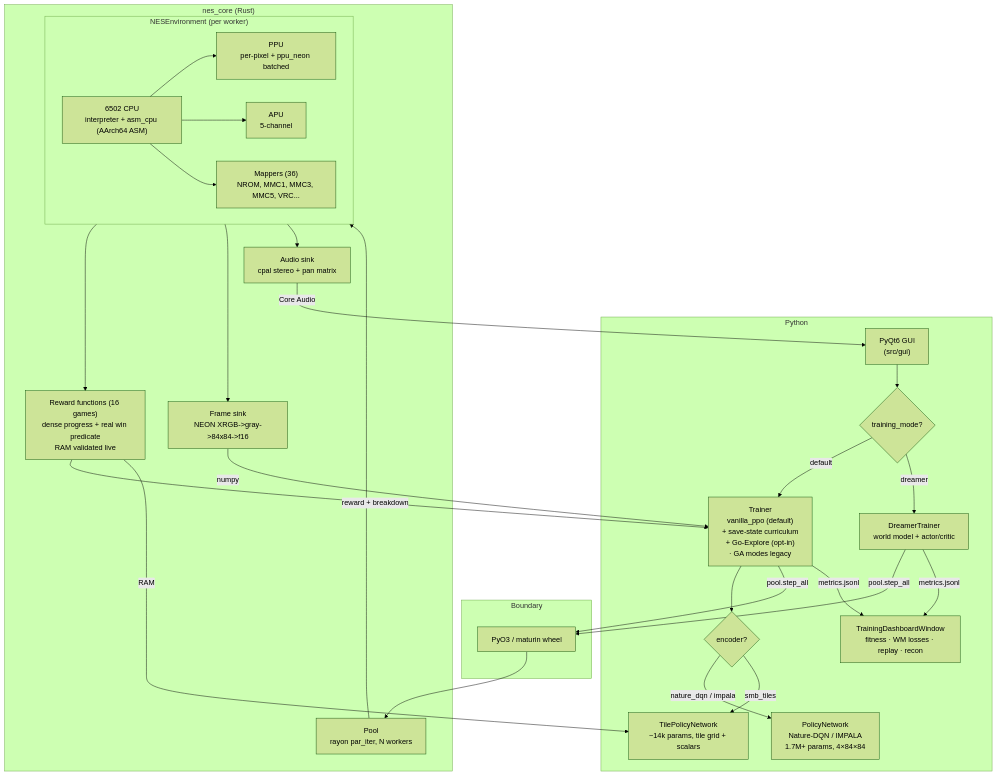
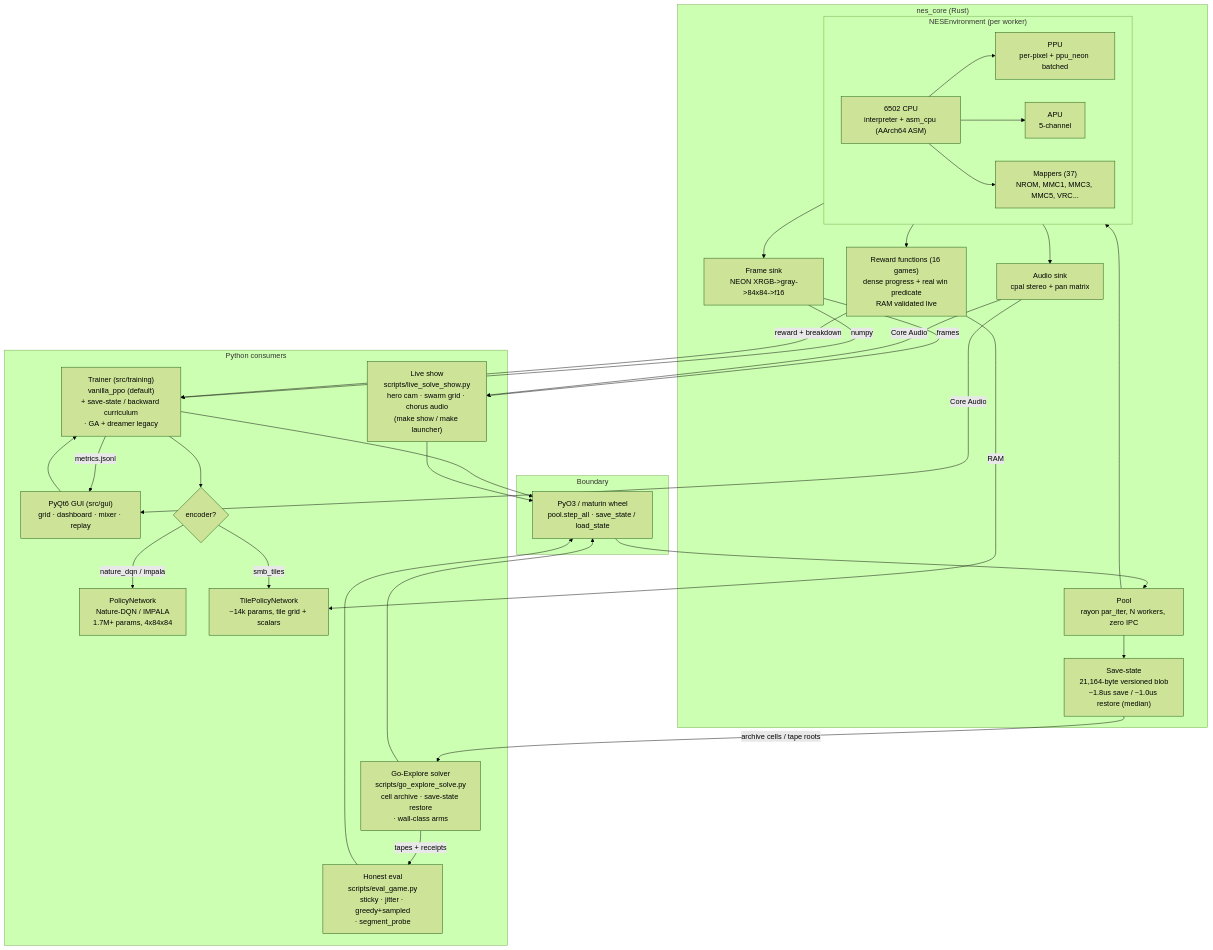
Before and after one commit to mstits/neural-entertainment-system: the second of 5 diagrams in README.md, drawn with Mermaid (forest theme). The commit also changed other lines of this file and 4 other files, not shown here.

````diff
--- a/README.md
+++ b/README.md
@@ -565,53 +851,58 @@
 ```mermaid
 flowchart TB
-    subgraph Python
-        GUI["PyQt6 GUI<br/>(src/gui)"]
-        Dashboard["TrainingDashboardWindow<br/>fitness · WM losses · replay · recon"]
-        TrainerSel{"training_mode?"}
-        Trainer["Trainer<br/>vanilla_ppo (default)<br/>+ save-state curriculum<br/>+ Go-Explore (opt-in)<br/>· GA modes legacy"]
-        DreamerT["DreamerTrainer<br/>world model + actor/critic"]
+    subgraph Consumers["Python consumers"]
+        Solver["Go-Explore solver<br/>scripts/go_explore_solve.py<br/>cell archive · save-state restore<br/>· wall-class arms"]
+        Trainer["Trainer (src/training)<br/>vanilla_ppo (default)<br/>+ save-state / backward curriculum<br/>· GA + dreamer legacy"]
+        Eval["Honest eval<br/>scripts/eval_game.py<br/>sticky · jitter · greedy+sampled<br/>· segment_probe"]
+        Show["Live show<br/>scripts/live_solve_show.py<br/>hero cam · swarm grid · chorus audio<br/>(make show / make launcher)"]
+        GUI["PyQt6 GUI (src/gui)<br/>grid · dashboard · mixer · replay"]
         EncSel{"encoder?"}
-        CNN["PolicyNetwork<br/>Nature-DQN / IMPALA<br/>1.7M+ params, 4×84×84"]
+        CNN["PolicyNetwork<br/>Nature-DQN / IMPALA<br/>1.7M+ params, 4x84x84"]
         Tile["TilePolicyNetwork<br/>~14k params, tile grid + scalars"]
     end
 
-    subgraph Boundary
-        PyO3["PyO3 / maturin wheel"]
+    subgraph Boundary["Boundary"]
+        PyO3["PyO3 / maturin wheel<br/>pool.step_all · save_state / load_state"]
     end
 
-    subgraph nes_core_Rust["nes_core (Rust)"]
-        Pool["Pool<br/>rayon par_iter, N workers"]
+    subgraph Core["nes_core (Rust)"]
+        Pool["Pool<br/>rayon par_iter, N workers, zero IPC"]
         subgraph Worker["NESEnvironment (per worker)"]
             CPU["6502 CPU<br/>interpreter + asm_cpu (AArch64 ASM)"]
             PPU["PPU<br/>per-pixel + ppu_neon batched"]
             APU["APU<br/>5-channel"]
-            Mappers["Mappers (36)<br/>NROM, MMC1, MMC3, MMC5, VRC..."]
+            Mappers["Mappers (37)<br/>NROM, MMC1, MMC3, MMC5, VRC..."]
         end
+        State["Save-state<br/>21,164-byte versioned blob<br/>~1.8us save / ~1.0us restore (median)"]
         Rewards["Reward functions (16 games)<br/>dense progress + real win predicate<br/>RAM validated live"]
         FrameSink["Frame sink<br/>NEON XRGB->gray->84x84->f16"]
         AudioSink["Audio sink<br/>cpal stereo + pan matrix"]
     end
 
-    GUI --> TrainerSel
-    TrainerSel -->|default| Trainer
-    TrainerSel -->|dreamer| DreamerT
+    Solver --> PyO3
+    Trainer --> PyO3
+    Eval --> PyO3
+    Show --> PyO3
+    GUI --> Trainer
     Trainer --> EncSel
     EncSel -->|nature_dqn / impala| CNN
     EncSel -->|smb_tiles| Tile
-    Trainer -->|pool.step_all| PyO3
-    DreamerT -->|pool.step_all| PyO3
     PyO3 --> Pool
     Pool --> Worker
+    Pool --> State
     Worker --> Rewards
     CPU --> PPU
     CPU --> APU
     CPU --> Mappers
     Worker --> FrameSink
     Worker --> AudioSink
+    State -->|"archive cells / tape roots"| Solver
     FrameSink -->|numpy| Trainer
+    FrameSink -->|frames| Show
     Rewards -->|reward + breakdown| Trainer
     Rewards -->|RAM| Tile
+    AudioSink -->|Core Audio| Show
     AudioSink -->|Core Audio| GUI
-    Trainer -->|metrics.jsonl| Dashboard
-    DreamerT -->|metrics.jsonl| Dashboard
+    Trainer -->|metrics.jsonl| GUI
+    Solver -->|"tapes + receipts"| Eval
 ```
````
